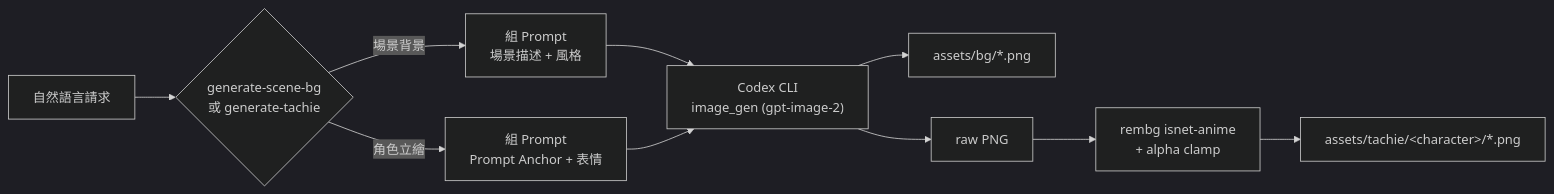
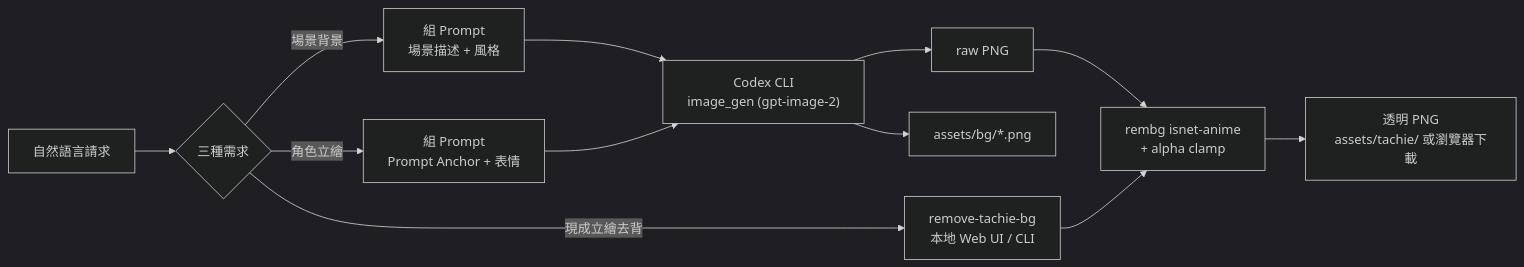
Before and after one commit to tznthou/tachie-forge: the diagram in README.md, drawn with Mermaid (dark theme). The commit also changed other lines of this file, not shown here.

Commit message:
docs: catch README up to remove-tachie-bg webapp and uv workflow

````diff
--- a/README.md
+++ b/README.md
@@ -30,12 +31,14 @@
 ```mermaid
 flowchart LR
-    User["自然語言請求"] --> Route{"generate-scene-bg<br/>或 generate-tachie"}
+    User["自然語言請求"] --> Route{"三種需求"}
     Route -->|場景背景| PromptBG["組 Prompt<br/>場景描述 + 風格"]
     Route -->|角色立繪| PromptChar["組 Prompt<br/>Prompt Anchor + 表情"]
+    Route -->|現成立繪去背| WebUI["remove-tachie-bg<br/>本地 Web UI / CLI"]
     PromptBG --> Codex["Codex CLI<br/>image_gen (gpt-image-2)"]
     PromptChar --> Codex
     Codex --> RawBG["assets/bg/*.png"]
     Codex --> RawChar["raw PNG"]
     RawChar --> Rembg["rembg isnet-anime<br/>+ alpha clamp"]
-    Rembg --> OutChar["assets/tachie/&lt;character&gt;/*.png"]
+    WebUI --> Rembg
+    Rembg --> OutChar["透明 PNG<br/>assets/tachie/ 或瀏覽器下載"]
 ```
````
